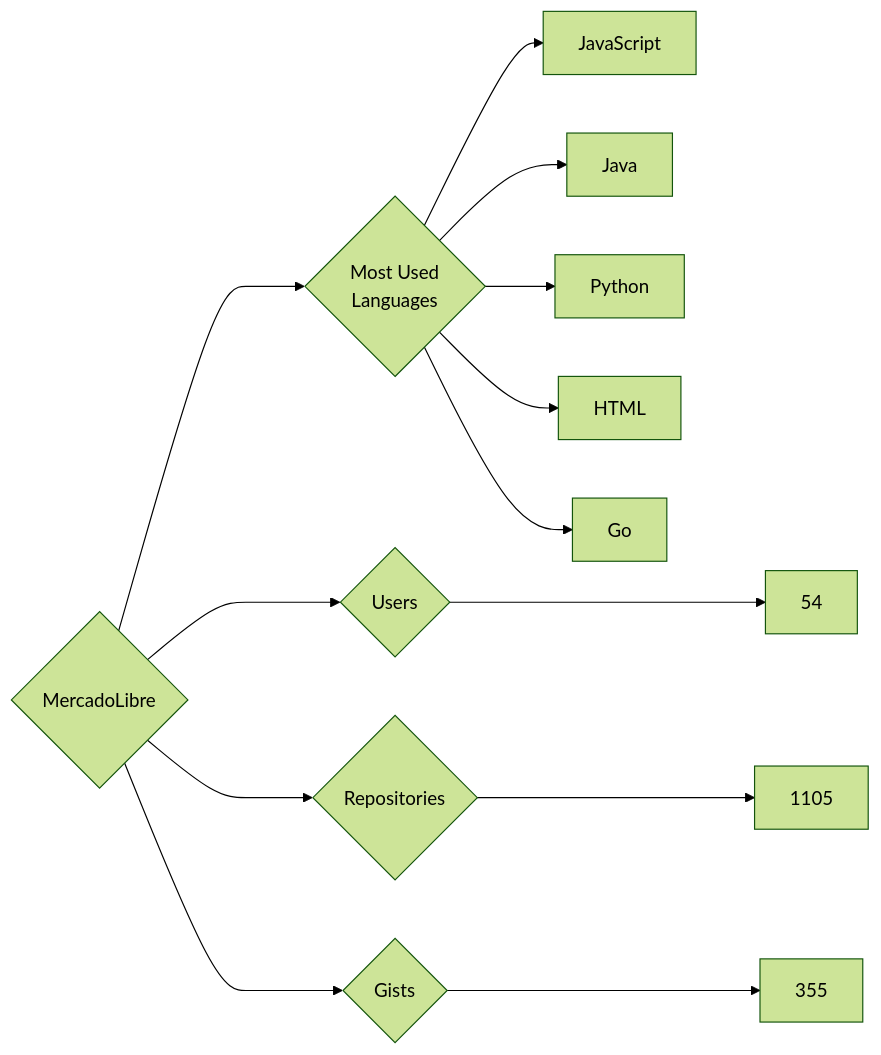
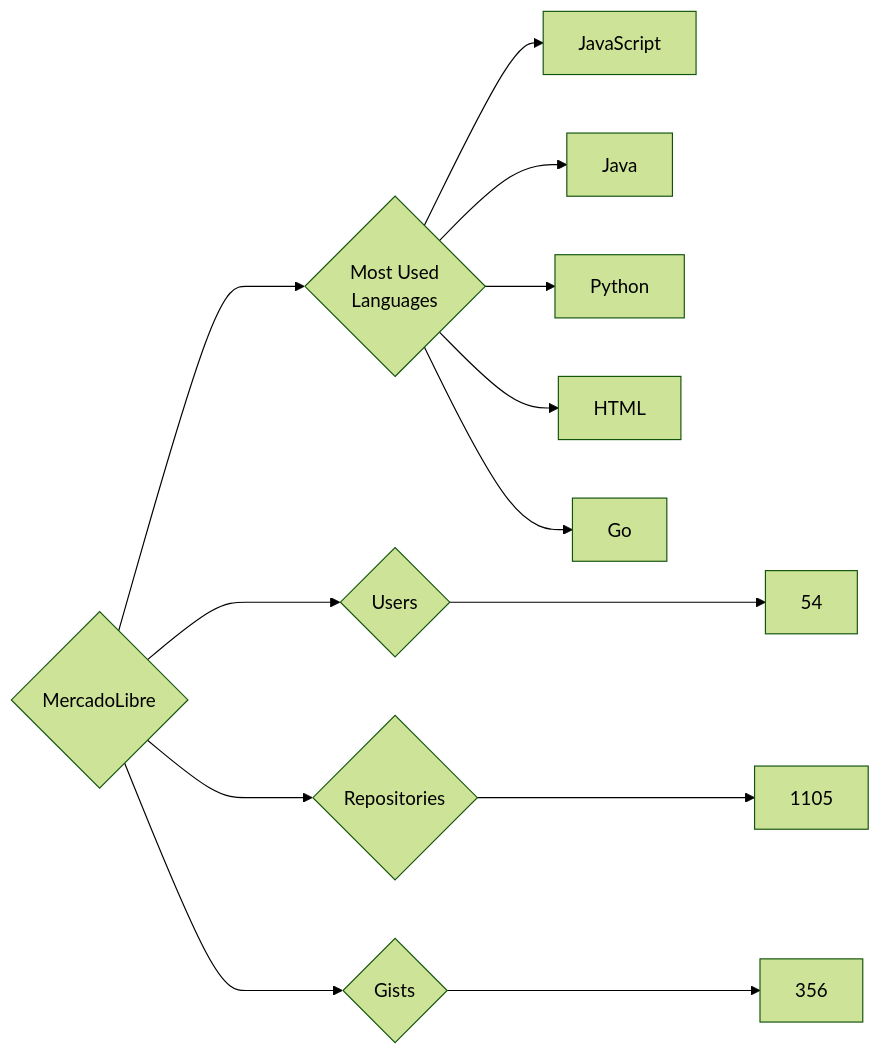
One commit to trickest/insiders changed the diagram in targets/MercadoLibre/README.md. Above: the diagram before and after it, drawn with Mermaid (forest theme). The commit also changed 898 other files, not shown here.

````diff
--- a/targets/MercadoLibre/README.md
+++ b/targets/MercadoLibre/README.md
@@ -3,13 +3,13 @@
 ```mermaid
 graph LR
 COMPANY_NAME{MercadoLibre}
 COMPANY_NAME ---> U{Users} ---> UN[54]
 COMPANY_NAME ---> R{Repositories} ---> RN[1105]
-COMPANY_NAME ---> G{Gists} ---> GN[355]
+COMPANY_NAME ---> G{Gists} ---> GN[356]
 COMPANY_NAME ---> ML{Most Used<br>Languages}
 ML --> JavaScript[JavaScript]
 ML --> Java[Java]
 ML --> Python[Python]
 ML --> HTML[HTML]
 ML --> Go[Go]
 ```
````
